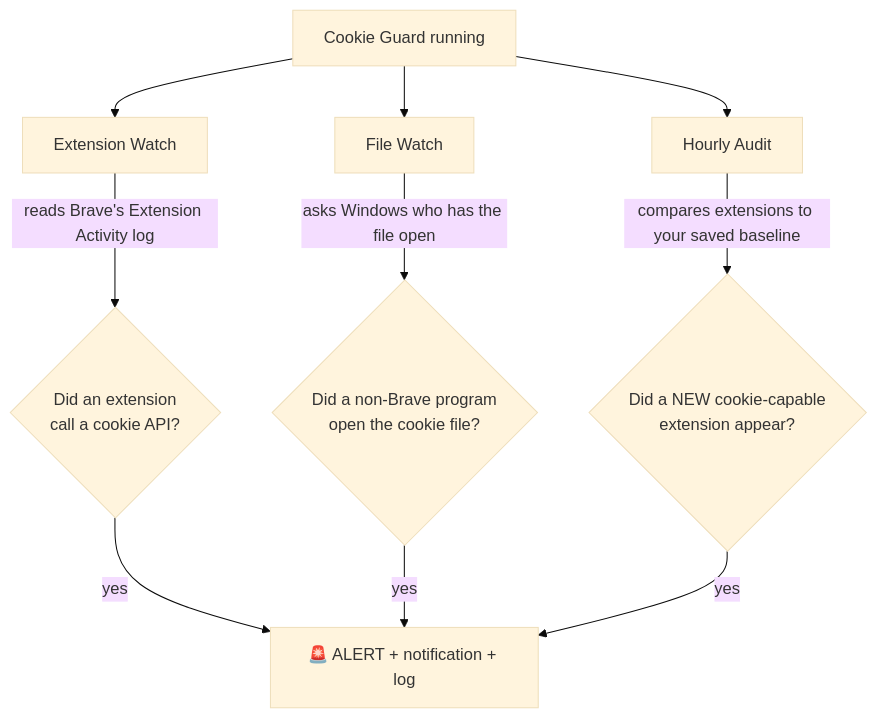
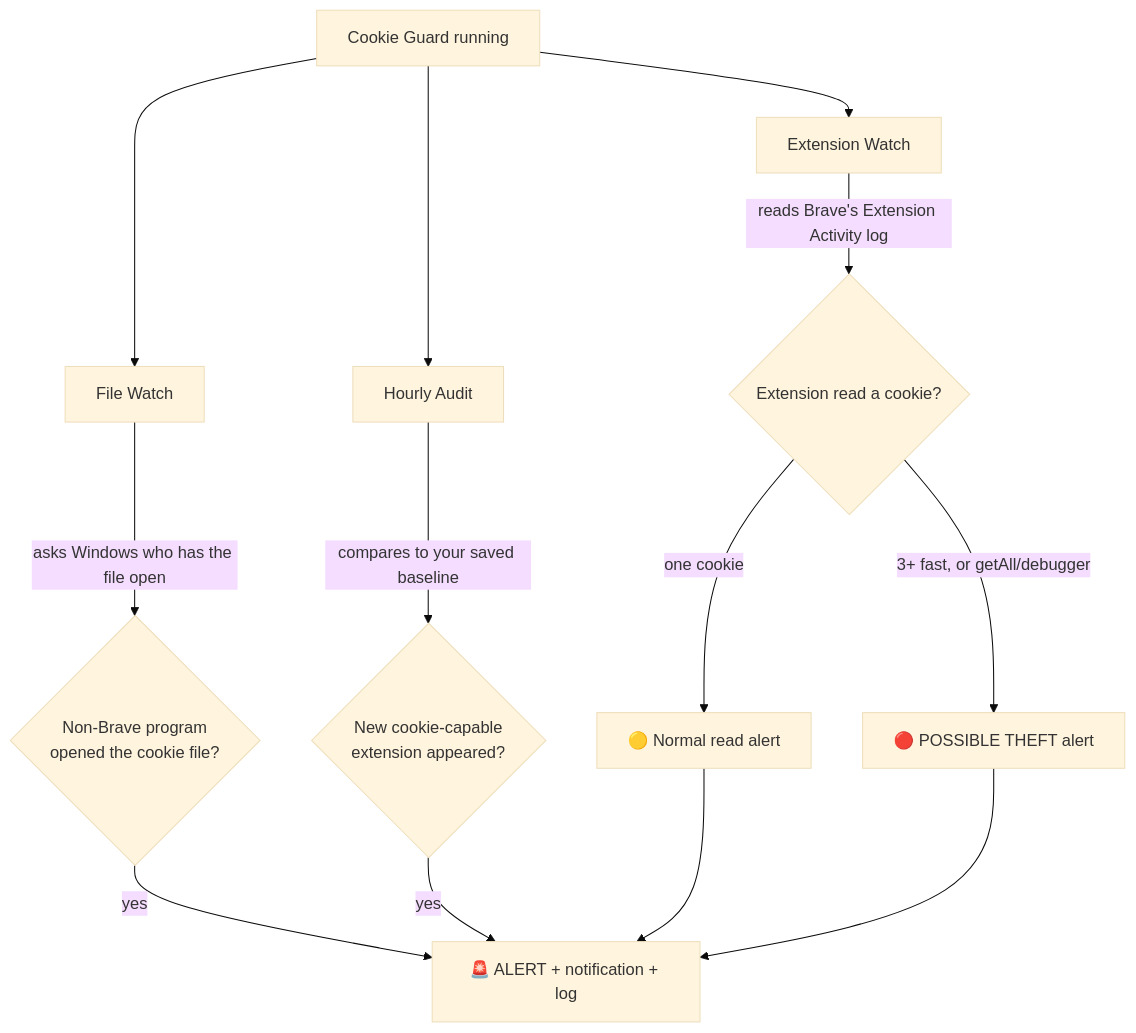
The diagram in README.md (abilash-kjm1/cookie-guard), drawn with Mermaid (base theme) before and after one commit. The commit also changed other lines of this file, not shown here.

````diff
--- a/README.md
+++ b/README.md
@@ -63,12 +82,15 @@
 ```mermaid
 flowchart TD
     A[Cookie Guard running] --> B[Extension Watch]
     A --> C[File Watch]
     A --> D[Hourly Audit]
-    B -->|reads Brave's Extension Activity log| E{Did an extension<br/>call a cookie API?}
-    C -->|asks Windows who has the file open| F{Did a non-Brave program<br/>open the cookie file?}
-    D -->|compares extensions to your saved baseline| G{Did a NEW cookie-capable<br/>extension appear?}
-    E -->|yes| H[🚨 ALERT + notification + log]
-    F -->|yes| H
+    B -->|reads Brave's Extension Activity log| E{Extension read a cookie?}
+    E -->|one cookie| Y[🟡 Normal read alert]
+    E -->|3+ fast, or getAll/debugger| R[🔴 POSSIBLE THEFT alert]
+    C -->|asks Windows who has the file open| F{Non-Brave program<br/>opened the cookie file?}
+    D -->|compares to your saved baseline| G{New cookie-capable<br/>extension appeared?}
+    F -->|yes| H[🚨 ALERT + notification + log]
     G -->|yes| H
+    Y --> H
+    R --> H
 ```
````
